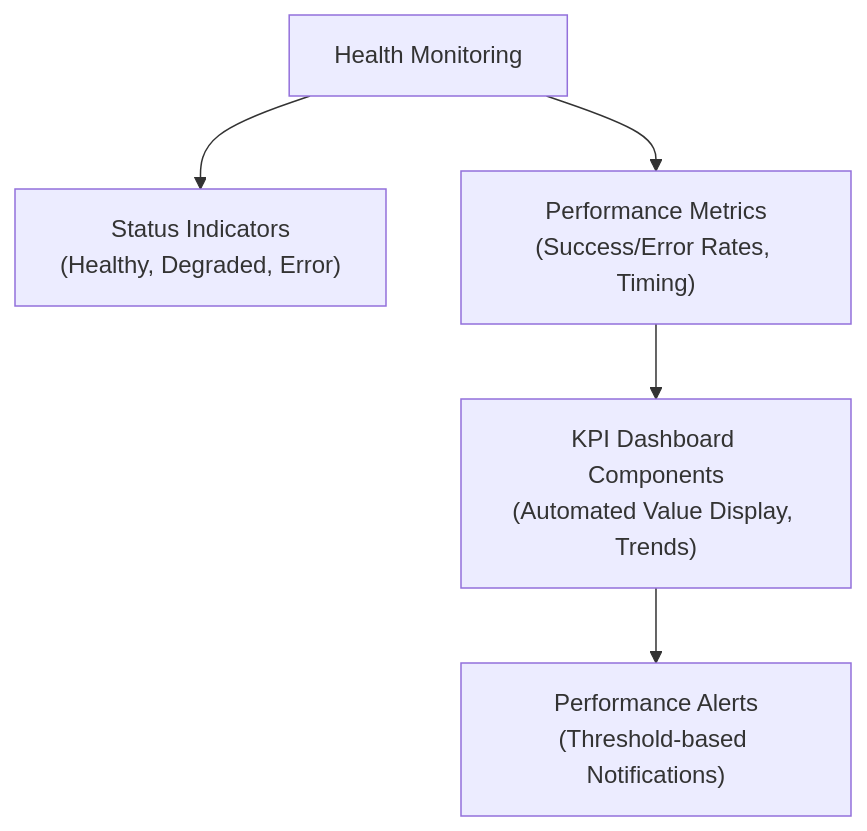
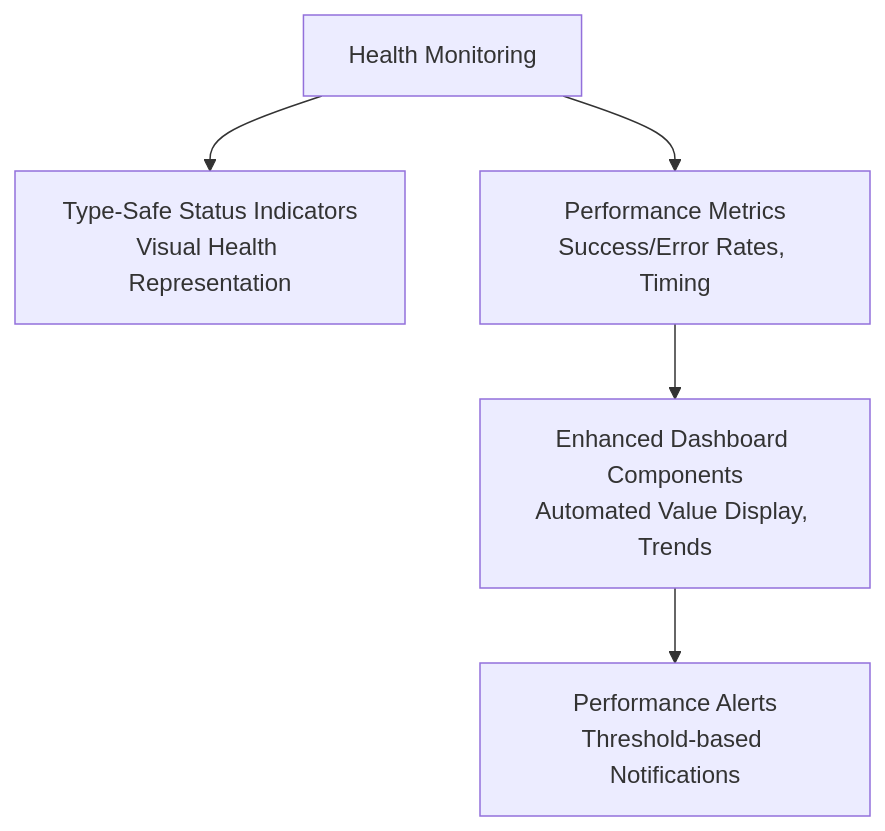
One commit to gastaldellomarco/pcReady changed the fifth of 7 diagrams in .qoder/repowiki/en/content/Automation System/Automation System.md. Above: the diagram before and after it, drawn with Mermaid. The commit also changed other lines of this file and 4 other files, not shown here.

````diff
--- a/.qoder/repowiki/en/content/Automation System/Automation System.md
+++ b/.qoder/repowiki/en/content/Automation System/Automation System.md
@@ -482,7 +536,7 @@
 ```mermaid
 flowchart TD
-Health["Health Monitoring"] --> Status["Status Indicators<br/>(Healthy, Degraded, Error)"]
-Health --> Metrics["Performance Metrics<br/>(Success/Error Rates, Timing)"]
-Metrics --> KPI["KPI Dashboard Components<br/>(Automated Value Display, Trends)"]
-KPI --> Alerts["Performance Alerts<br/>(Threshold-based Notifications)"]
+Health["Health Monitoring"] --> Status["Type-Safe Status Indicators<br/>Visual Health Representation"]
+Health --> Metrics["Performance Metrics<br/>Success/Error Rates, Timing"]
+Metrics --> Dashboard["Enhanced Dashboard Components<br/>Automated Value Display, Trends"]
+Dashboard --> Alerts["Performance Alerts<br/>Threshold-based Notifications"]
 ```
````
